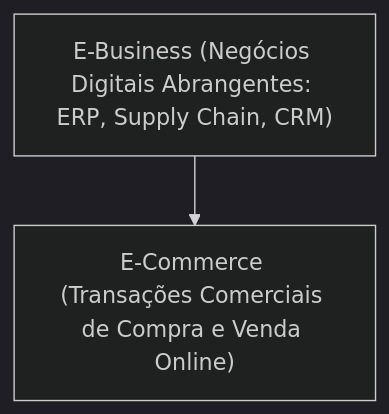
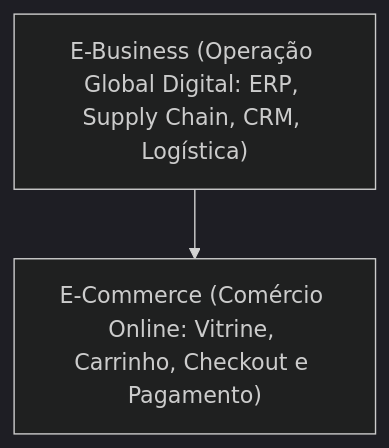
Before and after one commit to carloshenriquedutra/computer-science: the fifth of 5 diagrams in 05-fundamentos-de-computacao-em-nuvem/00-aprendizados.md, drawn with Mermaid (dark theme). The commit also changed other lines of this file and 1 other file, not shown here.

````diff
--- a/05-fundamentos-de-computacao-em-nuvem/00-aprendizados.md
+++ b/05-fundamentos-de-computacao-em-nuvem/00-aprendizados.md
@@ -288,6 +288,6 @@
 ```mermaid
 graph TD
-    EB["E-Business (Negócios Digitais Abrangentes: ERP, Supply Chain, CRM)"]
-    EC["E-Commerce (Transações Comerciais de Compra e Venda Online)"]
+    EB["E-Business (Operação Global Digital: ERP, Supply Chain, CRM, Logística)"]
+    EC["E-Commerce (Comércio Online: Vitrine, Carrinho, Checkout e Pagamento)"]
     EB --> EC
 ```
````
